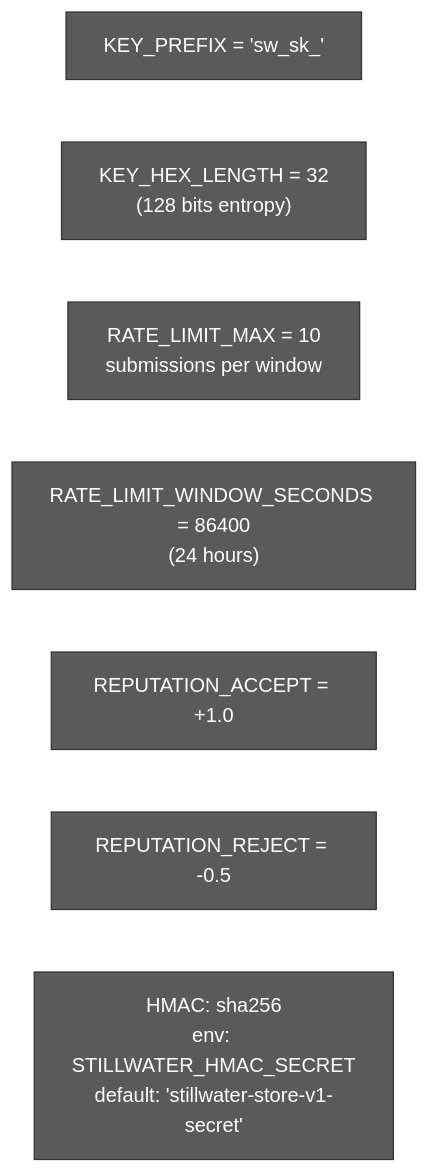
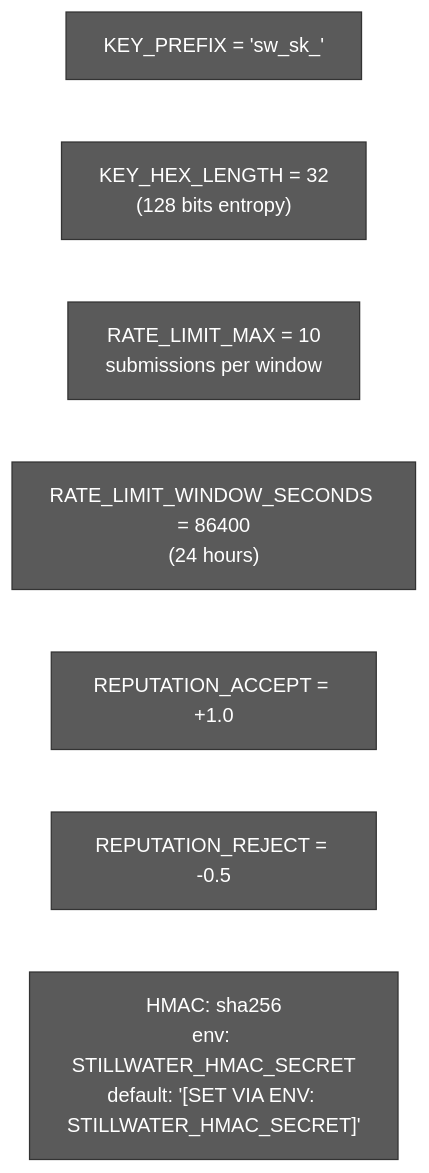
One commit to phuctruong/stillwater changed the fifth of 5 diagrams in diagrams/stillwater/06-auth-flow.md. Above: the diagram before and after it, drawn with Mermaid (forest theme). The commit also changed other lines of this file and 83 other files, not shown here.

````diff
--- a/diagrams/stillwater/06-auth-flow.md
+++ b/diagrams/stillwater/06-auth-flow.md
@@ -131,14 +131,14 @@
 ```mermaid
 flowchart LR
     classDef const fill:#5a5a5a,color:#fff,stroke:#333
 
     C1["KEY_PREFIX = 'sw_sk_'"]
     C2["KEY_HEX_LENGTH = 32\n(128 bits entropy)"]
     C3["RATE_LIMIT_MAX = 10\nsubmissions per window"]
     C4["RATE_LIMIT_WINDOW_SECONDS = 86400\n(24 hours)"]
     C5["REPUTATION_ACCEPT = +1.0"]
     C6["REPUTATION_REJECT = -0.5"]
-    C7["HMAC: sha256\nenv: STILLWATER_HMAC_SECRET\ndefault: 'stillwater-store-v1-secret'"]
+    C7["HMAC: sha256\nenv: STILLWATER_HMAC_SECRET\ndefault: '[SET VIA ENV: STILLWATER_HMAC_SECRET]'"]
 
     class C1,C2,C3,C4,C5,C6,C7 const
 ```
````
